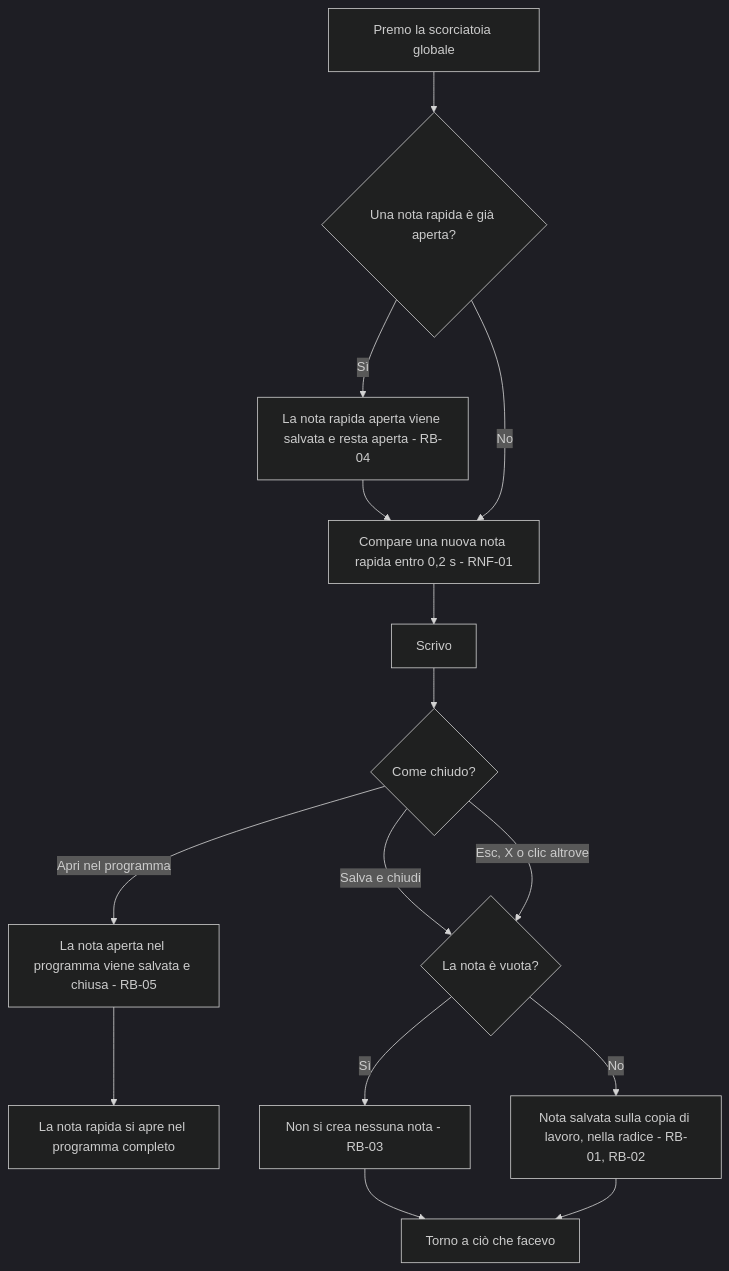
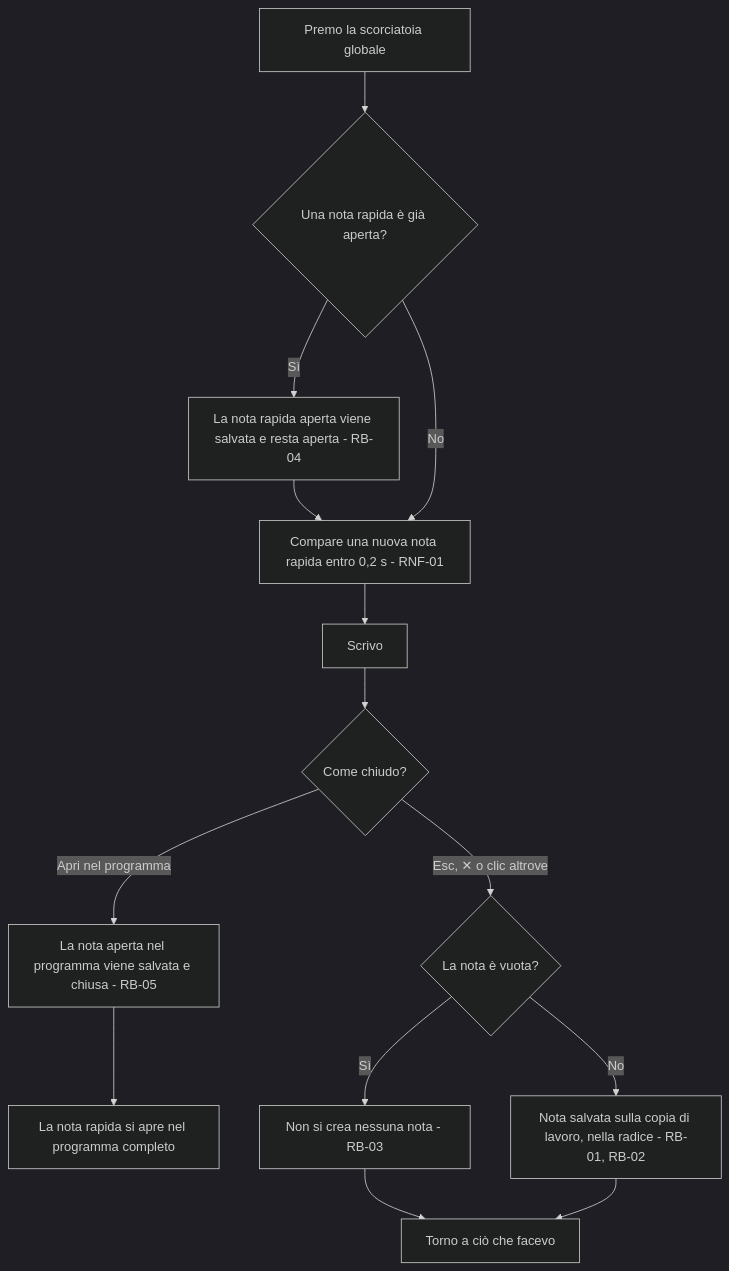
Before and after one commit to Helmutsti/MemoDu: the first of 5 diagrams in docs/moduli/note/2-flussi.md, drawn with Mermaid (dark theme). The commit also changed other lines of this file and 22 other files, not shown here.

````diff
--- a/docs/moduli/note/2-flussi.md
+++ b/docs/moduli/note/2-flussi.md
@@ -8,17 +8,16 @@
 ```mermaid
 flowchart TD
     A[Premo la scorciatoia globale] --> B{Una nota rapida è già aperta?}
     B -- Sì --> B1[La nota rapida aperta viene salvata e resta aperta - RB-04]
     B1 --> C
     B -- No --> C[Compare una nuova nota rapida entro 0,2 s - RNF-01]
     C --> D[Scrivo]
     D --> E{Come chiudo?}
     E -- Apri nel programma --> F[La nota aperta nel programma viene salvata e chiusa - RB-05]
     F --> G[La nota rapida si apre nel programma completo]
-    E -- Salva e chiudi --> H{La nota è vuota?}
-    E -- Esc, X o clic altrove --> H
+    E -- Esc, ✕ o clic altrove --> H{La nota è vuota?}
     H -- Sì --> I[Non si crea nessuna nota - RB-03]
     H -- No --> J[Nota salvata sulla copia di lavoro, nella radice - RB-01, RB-02]
     I --> K[Torno a ciò che facevo]
     J --> K
 ```
````
